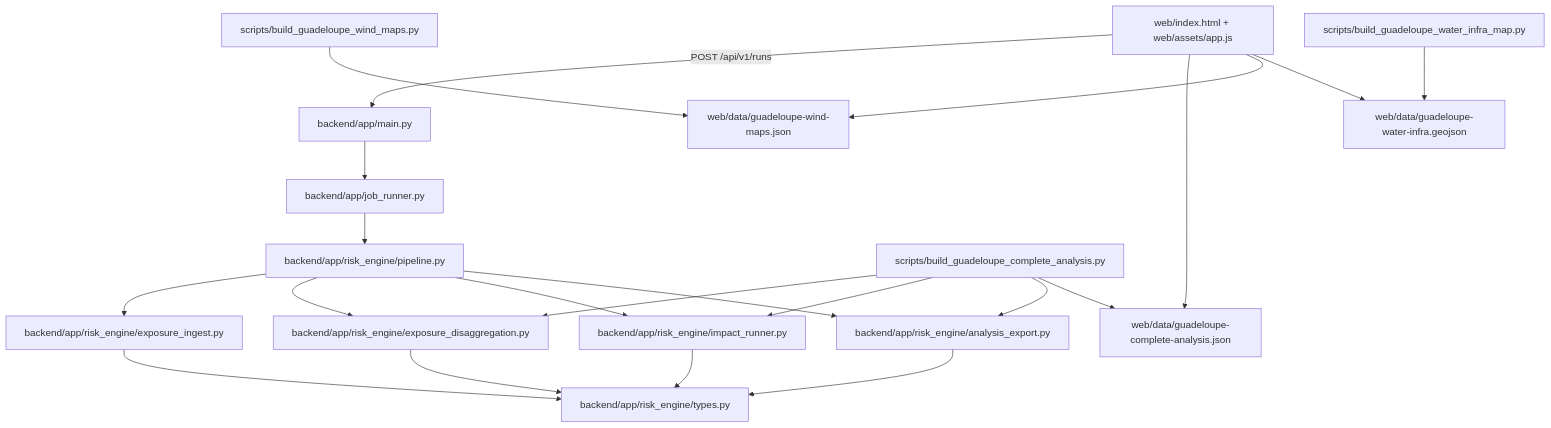
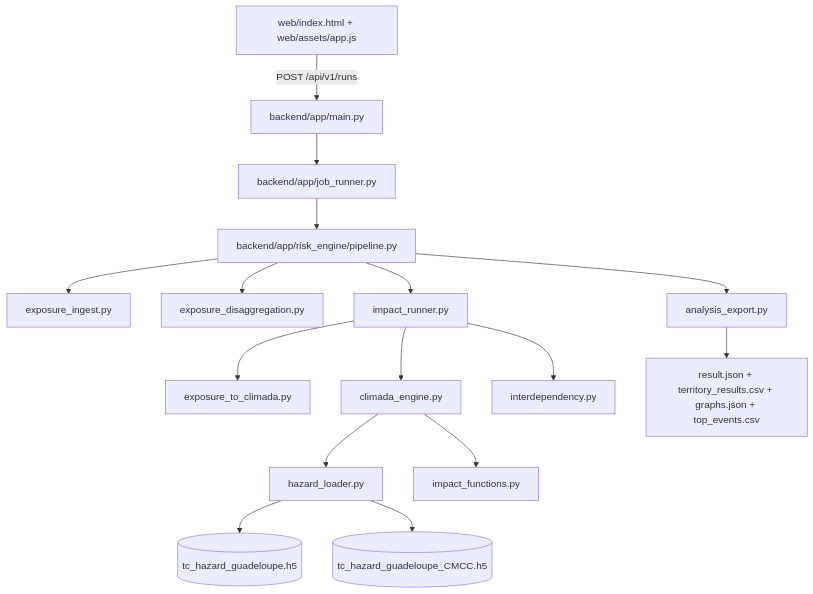
Before and after one commit to BottaBoy/SIB_ClimaRisk: the diagram in docs/note-backend-calculatoire.md, drawn with Mermaid. The commit also changed other lines of this file and 23 other files, not shown here.

Commit message:
Implement full Guadeloupe page-1 analysis and rebuild NA hazards

````diff
--- a/docs/note-backend-calculatoire.md
+++ b/docs/note-backend-calculatoire.md
@@ -17,28 +17,21 @@
 ```mermaid
 flowchart TD
   A[web/index.html + web/assets/app.js] -->|POST /api/v1/runs| B[backend/app/main.py]
   B --> C[backend/app/job_runner.py]
   C --> D[backend/app/risk_engine/pipeline.py]
 
-  D --> E[backend/app/risk_engine/exposure_ingest.py]
-  D --> F[backend/app/risk_engine/exposure_disaggregation.py]
-  D --> G[backend/app/risk_engine/impact_runner.py]
-  D --> H[backend/app/risk_engine/analysis_export.py]
+  D --> E[exposure_ingest.py]
+  D --> F[exposure_disaggregation.py]
+  D --> G[impact_runner.py]
+  D --> H[analysis_export.py]
 
-  E --> I[backend/app/risk_engine/types.py]
-  F --> I
-  G --> I
-  H --> I
+  G --> I[exposure_to_climada.py]
+  G --> J[climada_engine.py]
+  G --> K[interdependency.py]
+  J --> L[hazard_loader.py]
+  J --> M[impact_functions.py]
+  L --> N[(tc_hazard_guadeloupe.h5)]
+  L --> O[(tc_hazard_guadeloupe_CMCC.h5)]
 
-  J[scripts/build_guadeloupe_complete_analysis.py] --> F
-  J --> G
-  J --> H
-  J --> K[web/data/guadeloupe-complete-analysis.json]
-
-  L[scripts/build_guadeloupe_wind_maps.py] --> M[web/data/guadeloupe-wind-maps.json]
-  N[scripts/build_guadeloupe_water_infra_map.py] --> O[web/data/guadeloupe-water-infra.geojson]
-
-  A --> K
-  A --> M
-  A --> O
+  H --> P[result.json + territory_results.csv + graphs.json + top_events.csv]
 ```
````
